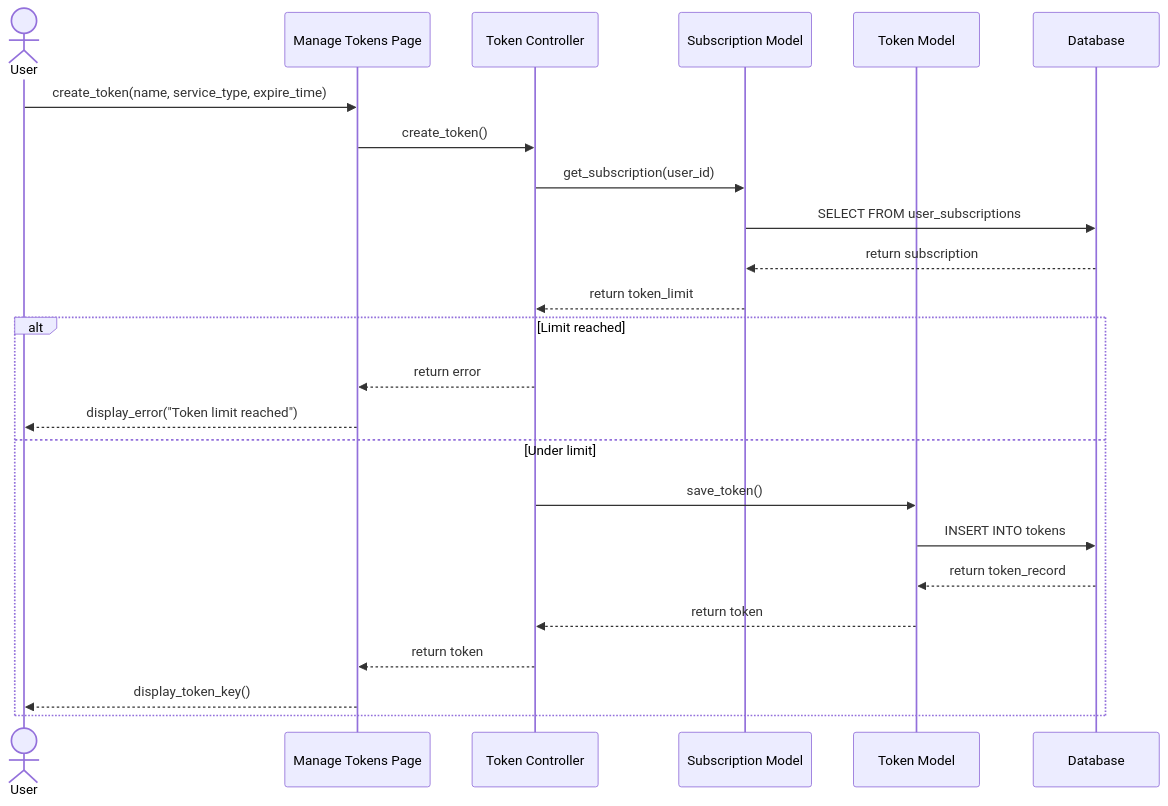
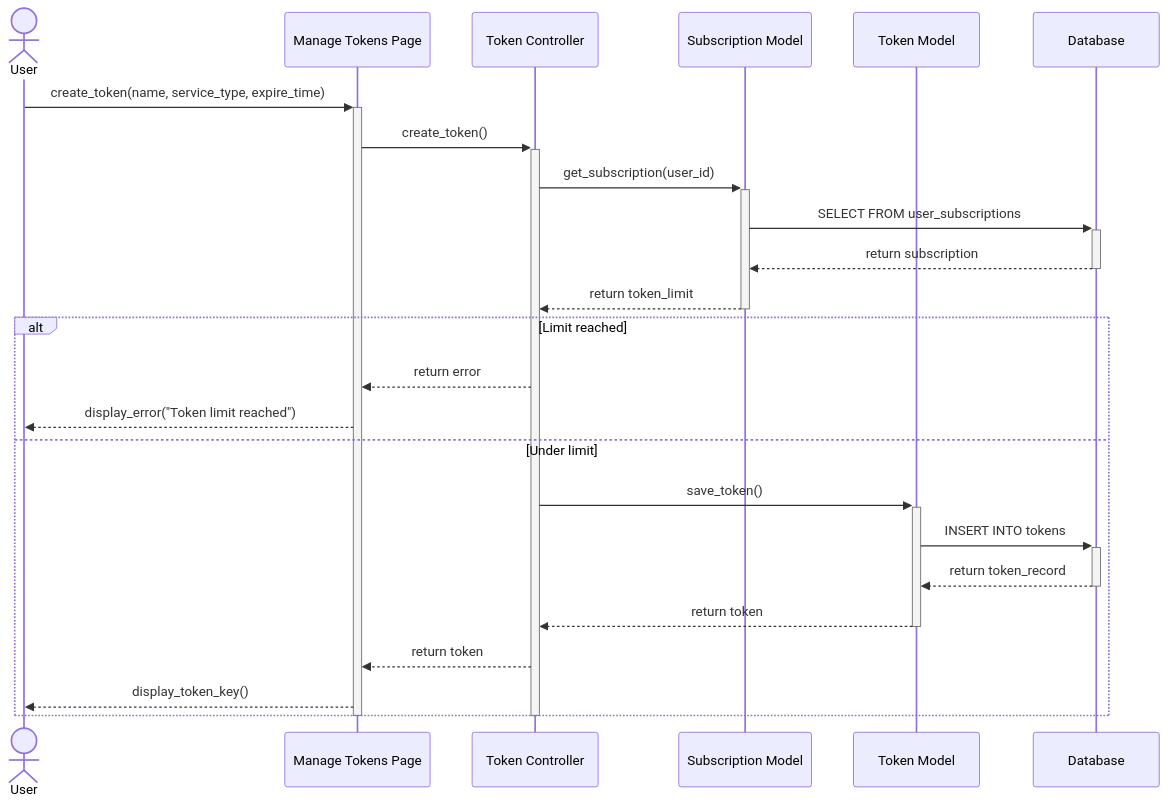
The fifth of 20 diagrams in SYSTEM_DIAGRAMS.md (Tanaphat-Ken/ALPR-V2), drawn with Mermaid before and after one commit. The commit also changed other lines of this file, not shown here.

First line of the commit message:
fix: resolve Mermaid activation bar errors across sequence diagrams

````diff
--- a/SYSTEM_DIAGRAMS.md
+++ b/SYSTEM_DIAGRAMS.md
@@ -246,27 +249,29 @@
 ```mermaid
 sequenceDiagram
     actor User
     participant TokenPage as Manage Tokens Page
     participant TokenController as Token Controller
     participant SubModel as Subscription Model
     participant TokenModel as Token Model
     participant DB as Database
 
-    User->>TokenPage: create_token(name, service_type, expire_time)
-    TokenPage->>TokenController: create_token()
-    TokenController->>SubModel: get_subscription(user_id)
-    SubModel->>DB: SELECT FROM user_subscriptions
-    DB-->>SubModel: return subscription
-    SubModel-->>TokenController: return token_limit
+    User->>+TokenPage: create_token(name, service_type, expire_time)
+    TokenPage->>+TokenController: create_token()
+    TokenController->>+SubModel: get_subscription(user_id)
+    SubModel->>+DB: SELECT FROM user_subscriptions
+    DB-->>-SubModel: return subscription
+    SubModel-->>-TokenController: return token_limit
     alt Limit reached
         TokenController-->>TokenPage: return error
         TokenPage-->>User: display_error("Token limit reached")
     else Under limit
-        TokenController->>TokenModel: save_token()
-        TokenModel->>DB: INSERT INTO tokens
-        DB-->>TokenModel: return token_record
-        TokenModel-->>TokenController: return token
+        TokenController->>+TokenModel: save_token()
+        TokenModel->>+DB: INSERT INTO tokens
+        DB-->>-TokenModel: return token_record
+        TokenModel-->>-TokenController: return token
         TokenController-->>TokenPage: return token
         TokenPage-->>User: display_token_key()
     end
+    deactivate TokenController
+    deactivate TokenPage
 ```
````
